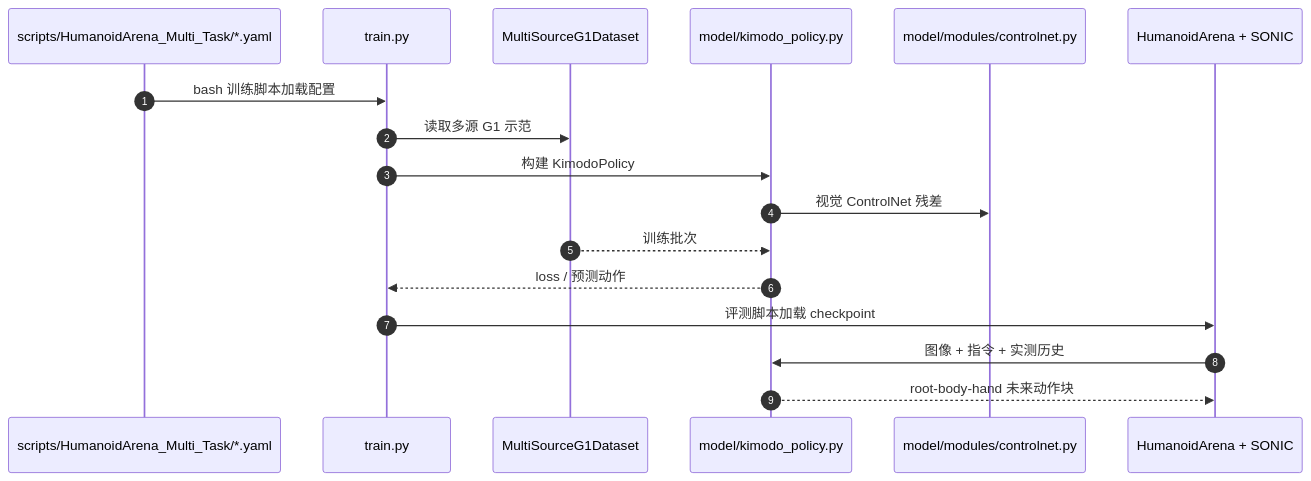
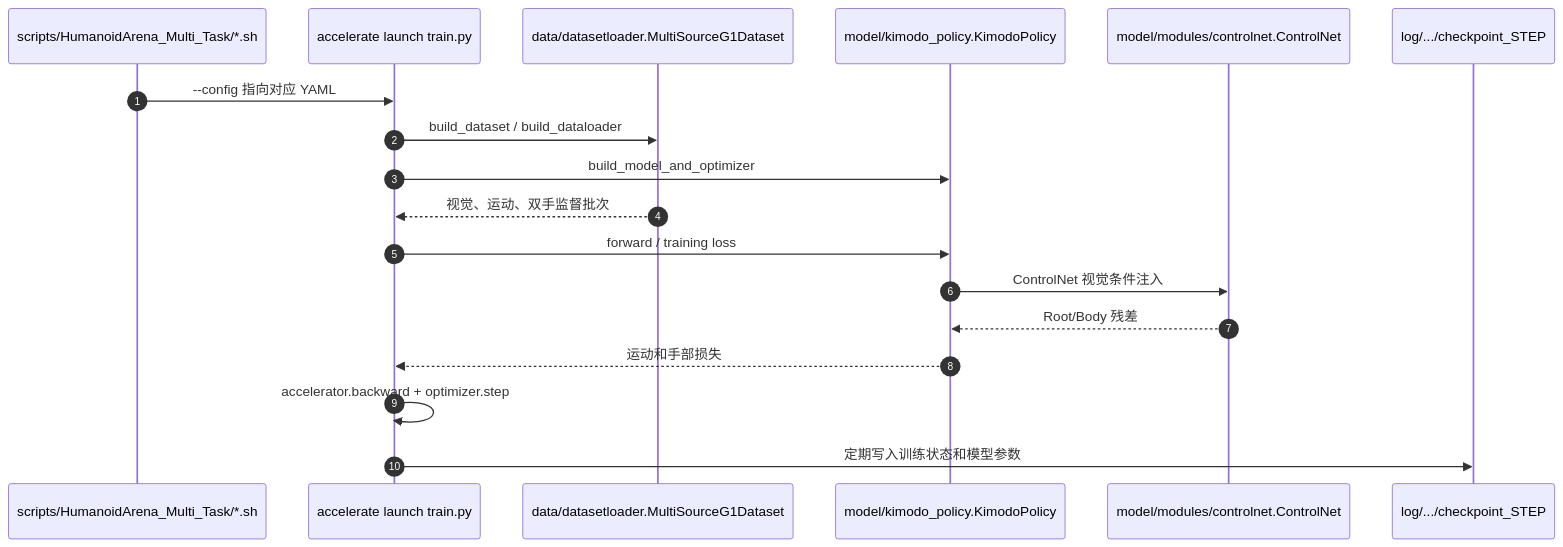
Before and after one commit to ImChong/Robotics_Notebooks: the second of 3 diagrams in wiki/entities/paper-kimodo-policy.md, drawn with Mermaid. The commit also changed other lines of this file, not shown here.

Commit message:
[2026-11-13] ingest | wiki/entities/paper-kimodo-policy.md — 核验开源发布与训练评测及真机部署时序

````diff
--- a/wiki/entities/paper-kimodo-policy.md
+++ b/wiki/entities/paper-kimodo-policy.md
@@ -113,19 +126,20 @@
 ```mermaid
 sequenceDiagram
   autonumber
-  participant Cfg as scripts/HumanoidArena_Multi_Task/*.yaml
-  participant Train as train.py
-  participant Data as MultiSourceG1Dataset
-  participant Policy as model/kimodo_policy.py
-  participant Ctrl as model/modules/controlnet.py
-  participant Sim as HumanoidArena + SONIC
-  Cfg->>Train: bash 训练脚本加载配置
-  Train->>Data: 读取多源 G1 示范
-  Train->>Policy: 构建 KimodoPolicy
-  Policy->>Ctrl: 视觉 ControlNet 残差
-  Data-->>Policy: 训练批次
-  Policy-->>Train: loss / 预测动作
-  Train->>Sim: 评测脚本加载 checkpoint
-  Sim->>Policy: 图像 + 指令 + 实测历史
-  Policy-->>Sim: root-body-hand 未来动作块
+  participant Launcher as scripts/HumanoidArena_Multi_Task/*.sh
+  participant Train as accelerate launch train.py
+  participant Dataset as data/datasetloader.MultiSourceG1Dataset
+  participant Policy as model/kimodo_policy.KimodoPolicy
+  participant Control as model/modules/controlnet.ControlNet
+  participant Checkpoint as log/.../checkpoint_STEP
+  Launcher->>Train: --config 指向对应 YAML
+  Train->>Dataset: build_dataset / build_dataloader
+  Train->>Policy: build_model_and_optimizer
+  Dataset-->>Train: 视觉、运动、双手监督批次
+  Train->>Policy: forward / training loss
+  Policy->>Control: ControlNet 视觉条件注入
+  Control-->>Policy: Root/Body 残差
+  Policy-->>Train: 运动和手部损失
+  Train->>Train: accelerator.backward + optimizer.step
+  Train->>Checkpoint: 定期写入训练状态和模型参数
 ```
````
